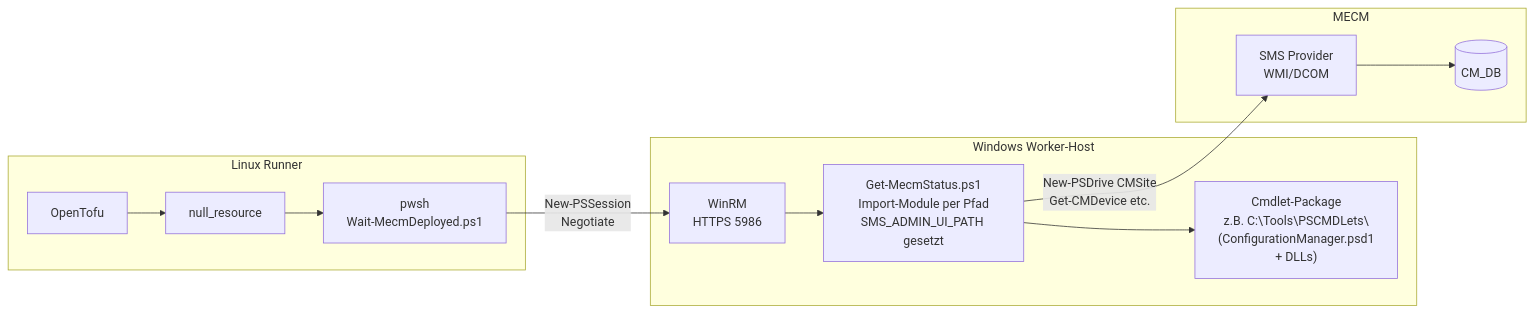
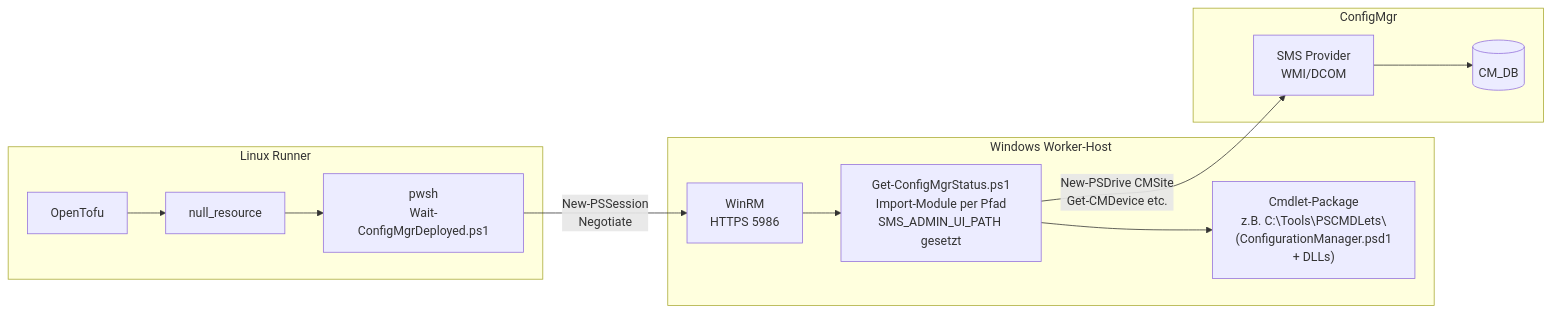
The seventh of 8 diagrams in OVERVIEW.md (monoeagle/lucent-job-mecm-ps-connect), drawn with Mermaid before and after one commit. The commit also changed other lines of this file and 22 other files, not shown here.

First line of the commit message:
Rename MECM -> ConfigMgr; add naming history and 2026 compat check

````diff
--- a/OVERVIEW.md
+++ b/OVERVIEW.md
@@ -190,20 +190,20 @@
 ```mermaid
 flowchart LR
     subgraph Linux Runner
         TF[OpenTofu] --> NR[null_resource]
-        NR --> PWSH[pwsh<br/>Wait-MecmDeployed.ps1]
+        NR --> PWSH[pwsh<br/>Wait-ConfigMgrDeployed.ps1]
     end
     subgraph Windows Worker-Host
         WSMAN[WinRM<br/>HTTPS 5986]
         PKG["Cmdlet-Package<br/>z.B. C:\Tools\PSCMDLets\<br/>(ConfigurationManager.psd1<br/>+ DLLs)"]
-        REMOTE[Get-MecmStatus.ps1<br/>Import-Module per Pfad<br/>SMS_ADMIN_UI_PATH gesetzt]
+        REMOTE[Get-ConfigMgrStatus.ps1<br/>Import-Module per Pfad<br/>SMS_ADMIN_UI_PATH gesetzt]
         WSMAN --> REMOTE
         REMOTE --> PKG
     end
-    subgraph MECM
+    subgraph ConfigMgr
         SP[SMS Provider<br/>WMI/DCOM]
         SP --> DB[(CM_DB)]
     end
     PWSH -- New-PSSession<br/>Negotiate --> WSMAN
     REMOTE -- New-PSDrive CMSite<br/>Get-CMDevice etc. --> SP
 ```
````
